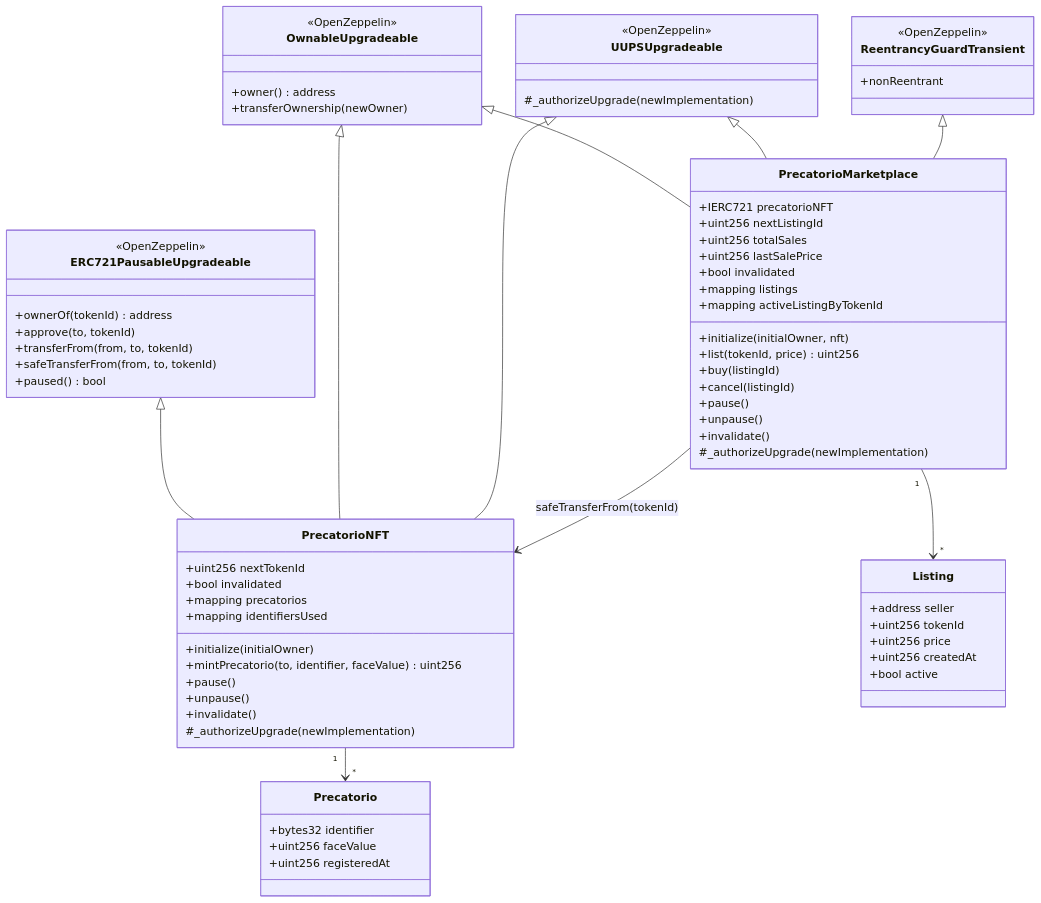
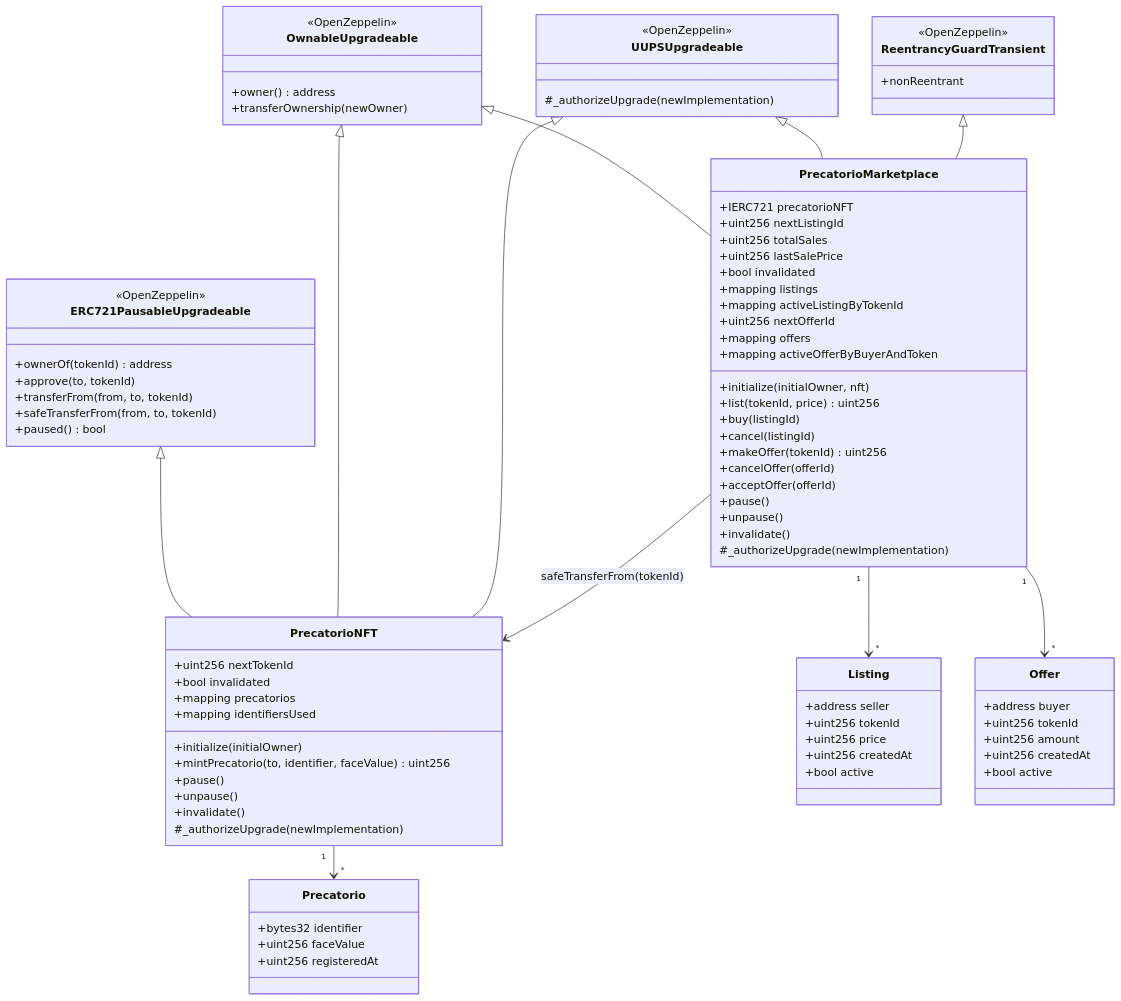
The diagram in Lab4/docs/arquitetura/contratos.md (Victor-droid165/blockchain), drawn with Mermaid before and after one commit. The commit also changed other lines of this file and 30 other files, not shown here.

````diff
--- a/Lab4/docs/arquitetura/contratos.md
+++ b/Lab4/docs/arquitetura/contratos.md
@@ -56,10 +56,16 @@
         +bool invalidated
         +mapping listings
         +mapping activeListingByTokenId
+        +uint256 nextOfferId
+        +mapping offers
+        +mapping activeOfferByBuyerAndToken
         +initialize(initialOwner, nft)
         +list(tokenId, price) uint256
         +buy(listingId)
         +cancel(listingId)
+        +makeOffer(tokenId) uint256
+        +cancelOffer(offerId)
+        +acceptOffer(offerId)
         +pause()
         +unpause()
         +invalidate()
@@ -74,6 +80,14 @@
         +bool active
     }
 
+    class Offer {
+        +address buyer
+        +uint256 tokenId
+        +uint256 amount
+        +uint256 createdAt
+        +bool active
+    }
+
     ERC721PausableUpgradeable <|-- PrecatorioNFT
     OwnableUpgradeable <|-- PrecatorioNFT
     UUPSUpgradeable <|-- PrecatorioNFT
@@ -84,5 +98,6 @@
 
     PrecatorioNFT "1" --> "*" Precatorio
     PrecatorioMarketplace "1" --> "*" Listing
+    PrecatorioMarketplace "1" --> "*" Offer
     PrecatorioMarketplace --> PrecatorioNFT : safeTransferFrom(tokenId)
 ```
````
